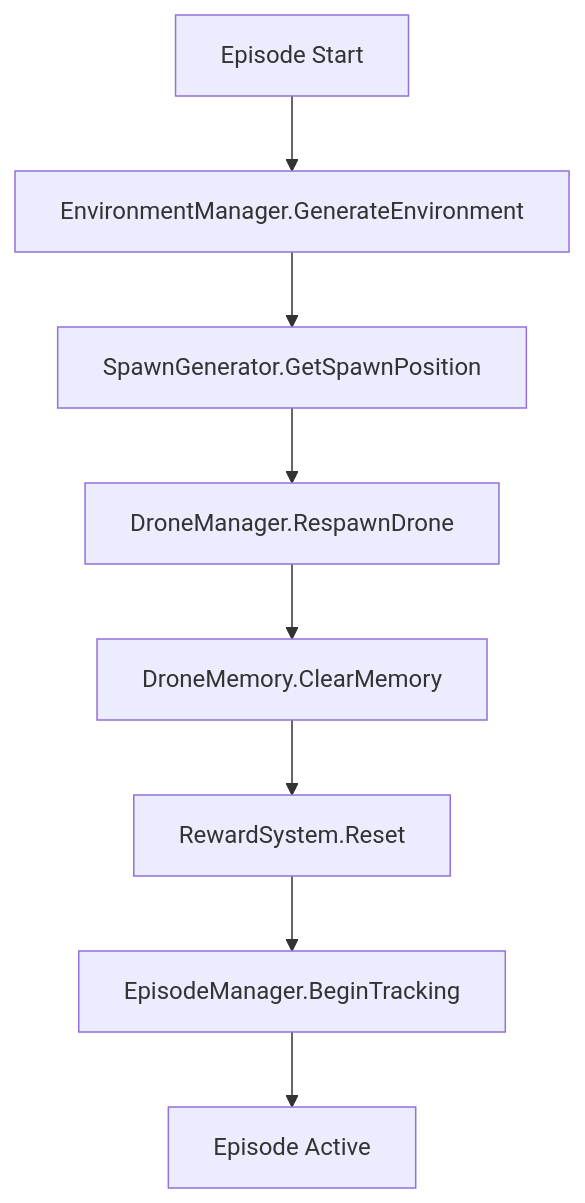
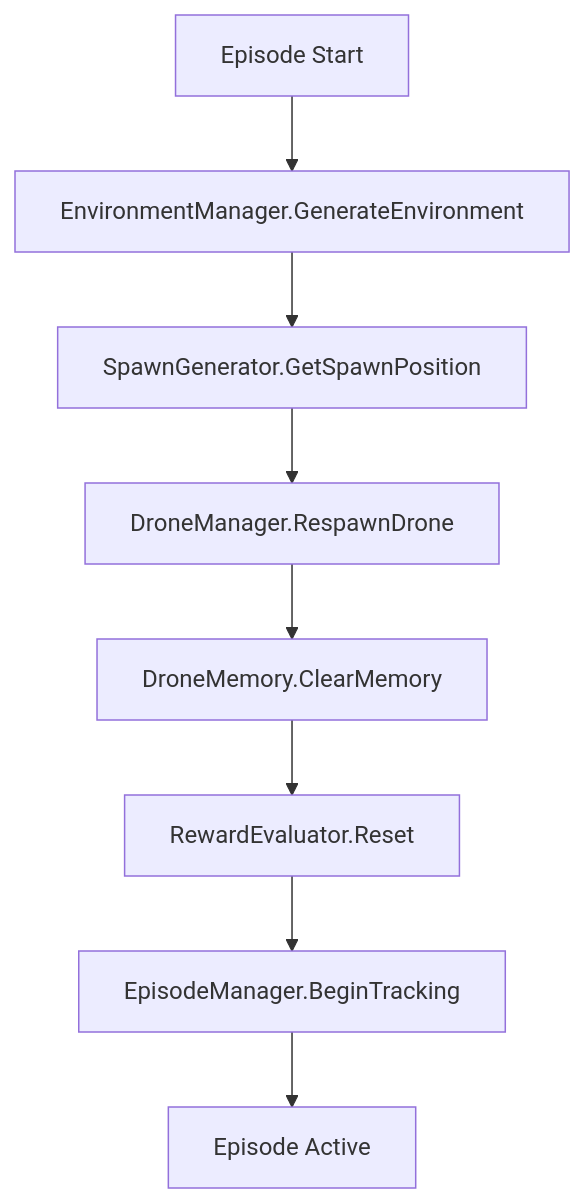
Diagram 11 of 15 in Documentation/17_SOFTWARE_DESIGN_SPECIFICATION.md (NihaalGharat/ADRL-Rescue), drawn with Mermaid before and after one commit. The commit also changed other lines of this file and 51 other files, not shown here.

First line of the commit message:
feat(rewards): complete Phase 7.3 reward system and validation

````diff
--- a/Documentation/17_SOFTWARE_DESIGN_SPECIFICATION.md
+++ b/Documentation/17_SOFTWARE_DESIGN_SPECIFICATION.md
@@ -1831,10 +1855,10 @@
 ```mermaid
 graph TD
     A[Episode Start] --> B[EnvironmentManager.GenerateEnvironment]
     B --> C[SpawnGenerator.GetSpawnPosition]
     C --> D[DroneManager.RespawnDrone]
     D --> E[DroneMemory.ClearMemory]
-    E --> F[RewardSystem.Reset]
+    E --> F[RewardEvaluator.Reset]
     F --> G[EpisodeManager.BeginTracking]
     G --> H[Episode Active]
 ```
````
